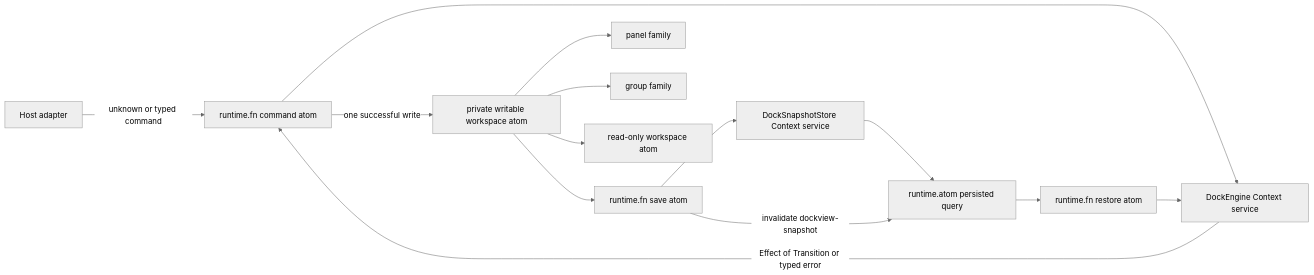
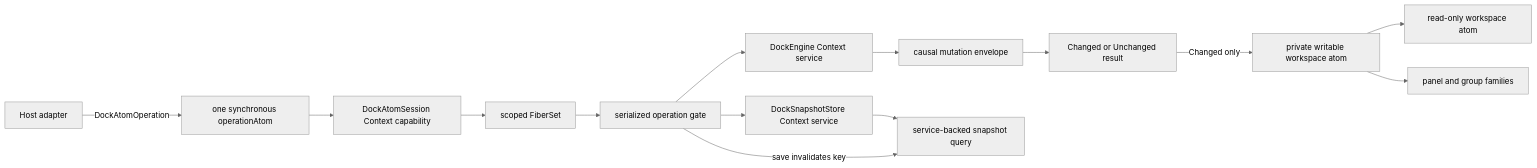
The diagram in scratchpad/dockview/README.md (beep-effect/beep-effect), drawn with Mermaid (neutral theme) before and after one commit. The commit also changed other lines of this file and 13 other files, not shown here.

````diff
--- a/scratchpad/dockview/README.md
+++ b/scratchpad/dockview/README.md
@@ -14,17 +14,16 @@
 ```mermaid
 flowchart LR
-  UI[Host adapter] -->|unknown or typed command| Dispatch[runtime.fn command atom]
-  Dispatch --> Engine[DockEngine Context service]
-  Engine -->|Effect of Transition or typed error| Dispatch
-  Dispatch -->|one successful write| State[private writable workspace atom]
-  State --> Panels[panel family]
-  State --> Groups[group family]
-  State --> View[read-only workspace atom]
-
-  State --> Save[runtime.fn save atom]
-  Save --> Store[DockSnapshotStore Context service]
-  Store --> Query[runtime.atom persisted query]
-  Save -->|invalidate dockview-snapshot| Query
-  Query --> Restore[runtime.fn restore atom]
-  Restore --> Engine
+  Host[Host adapter] -->|DockAtomOperation| Operation[one synchronous operationAtom]
+  Operation --> Session[DockAtomSession Context capability]
+  Session --> Fibers[scoped FiberSet]
+  Fibers --> Gate[serialized operation gate]
+  Gate --> Engine[DockEngine Context service]
+  Gate --> Store[DockSnapshotStore Context service]
+  Engine --> Outcome[causal mutation envelope]
+  Outcome --> Result[Changed or Unchanged result]
+  Result -->|Changed only| State[private writable workspace atom]
+  State --> Workspace[read-only workspace atom]
+  State --> Families[panel and group families]
+  Store --> Query[service-backed snapshot query]
+  Gate -->|save invalidates key| Query
 ```
````
